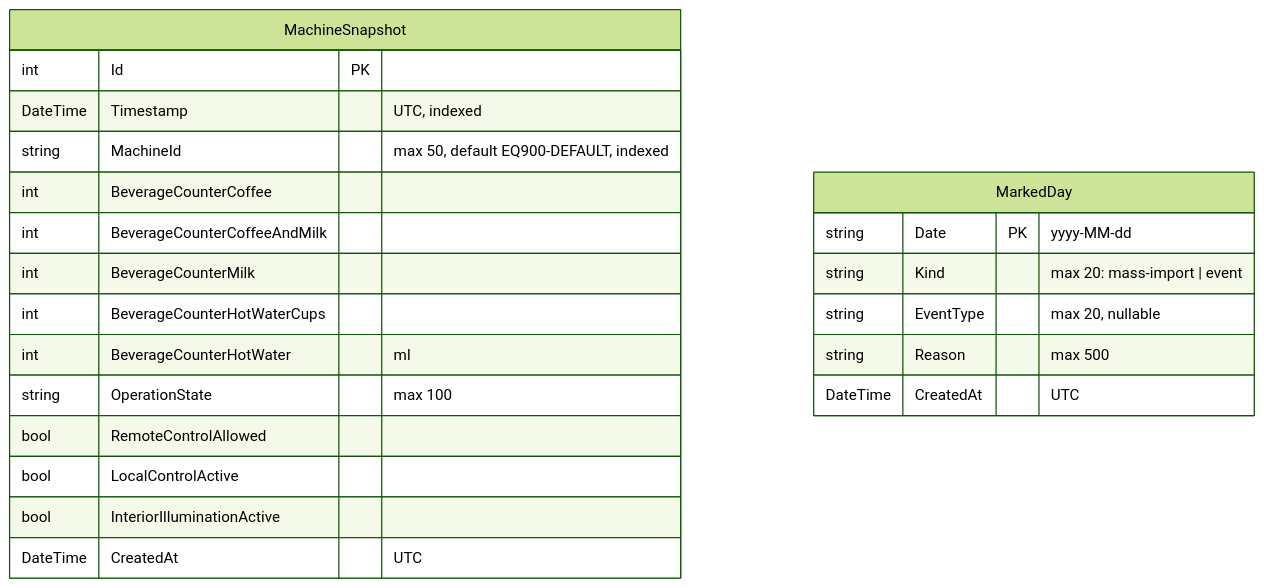
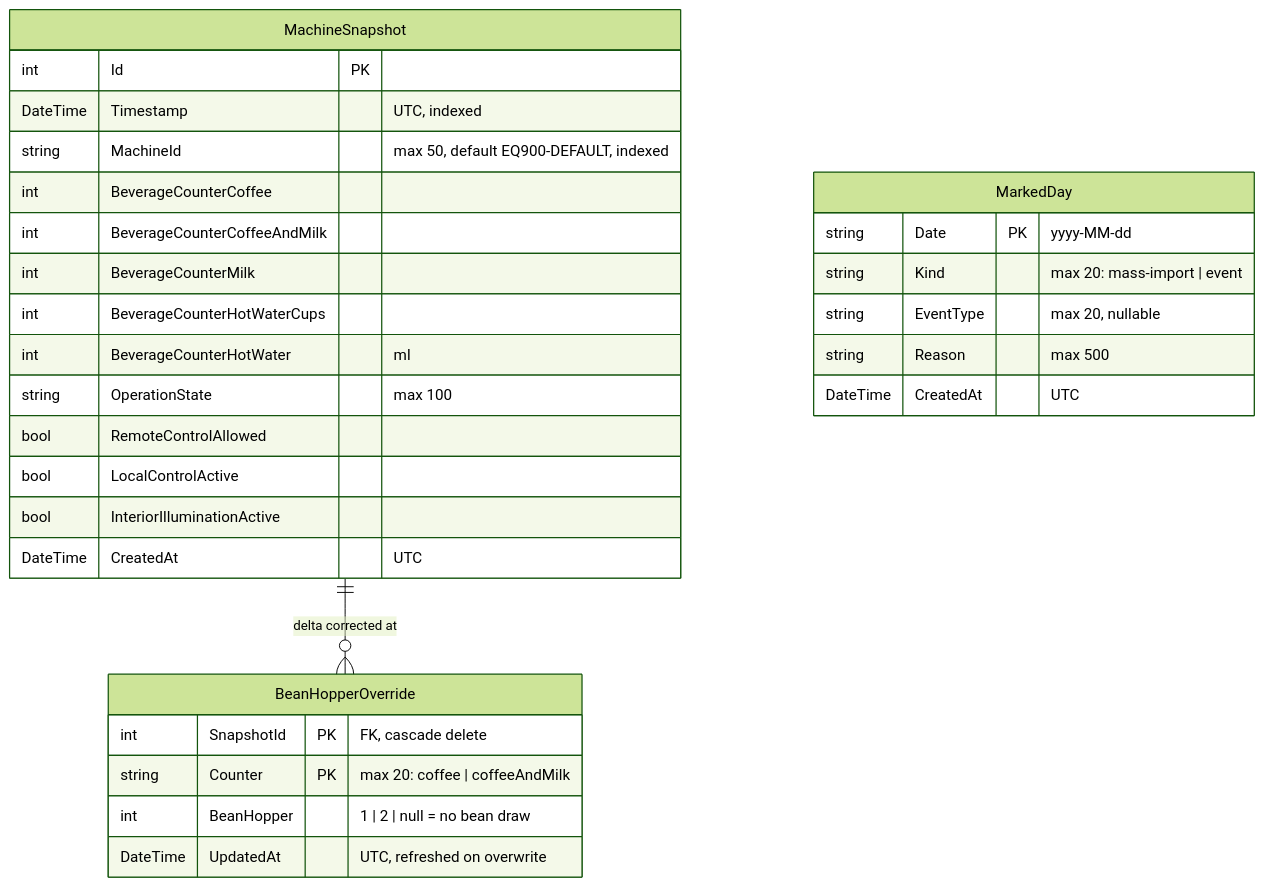
Before and after one commit to Gereon93/coffee: the third of 4 diagrams in doc/arc42/05-building-blocks.md, drawn with Mermaid (forest theme). The commit also changed other lines of this file and 27 other files, not shown here.

First line of the commit message:
feat(api): Bohnenfach je Snapshot-Delta ableiten, korrigieren und aggregieren (#48) (#49)

````diff
--- a/doc/arc42/05-building-blocks.md
+++ b/doc/arc42/05-building-blocks.md
@@ -187,25 +193,32 @@
 ```mermaid
 erDiagram
     MachineSnapshot {
         int Id PK
         DateTime Timestamp "UTC, indexed"
         string MachineId "max 50, default EQ900-DEFAULT, indexed"
         int BeverageCounterCoffee
         int BeverageCounterCoffeeAndMilk
         int BeverageCounterMilk
         int BeverageCounterHotWaterCups
         int BeverageCounterHotWater "ml"
         string OperationState "max 100"
         bool RemoteControlAllowed
         bool LocalControlActive
         bool InteriorIlluminationActive
         DateTime CreatedAt "UTC"
     }
     MarkedDay {
         string Date PK "yyyy-MM-dd"
         string Kind "max 20: mass-import | event"
         string EventType "max 20, nullable"
         string Reason "max 500"
         DateTime CreatedAt "UTC"
     }
+    BeanHopperOverride {
+        int SnapshotId PK "FK, cascade delete"
+        string Counter PK "max 20: coffee | coffeeAndMilk"
+        int BeanHopper "1 | 2 | null = no bean draw"
+        DateTime UpdatedAt "UTC, refreshed on overwrite"
+    }
+    MachineSnapshot ||--o{ BeanHopperOverride : "delta corrected at"
 ```
````
